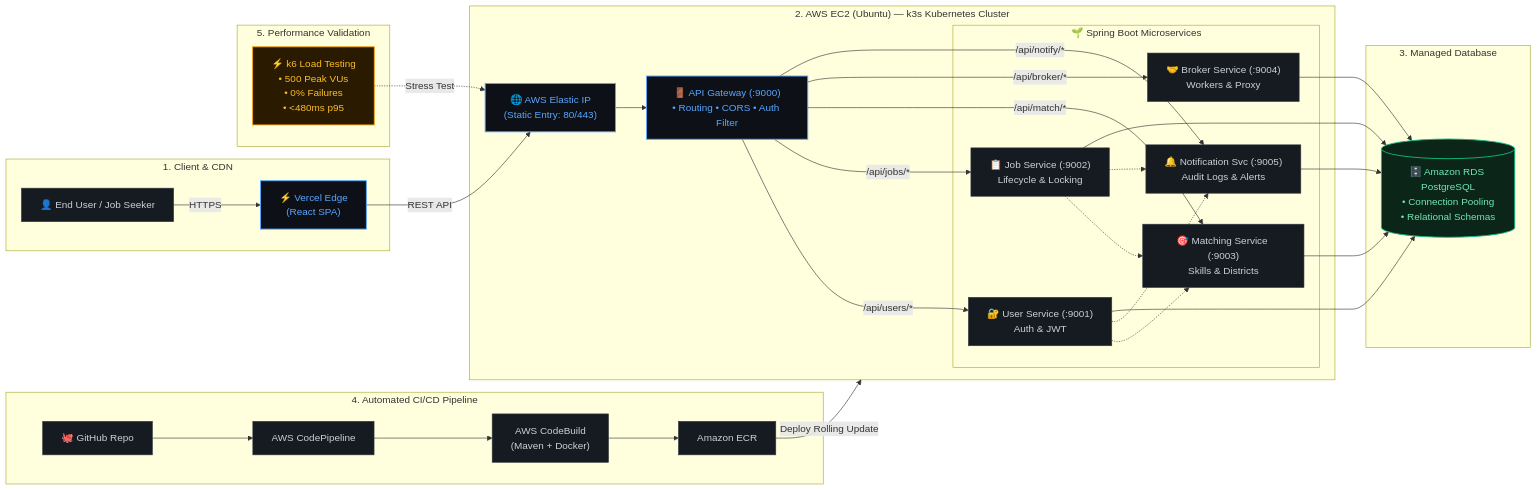
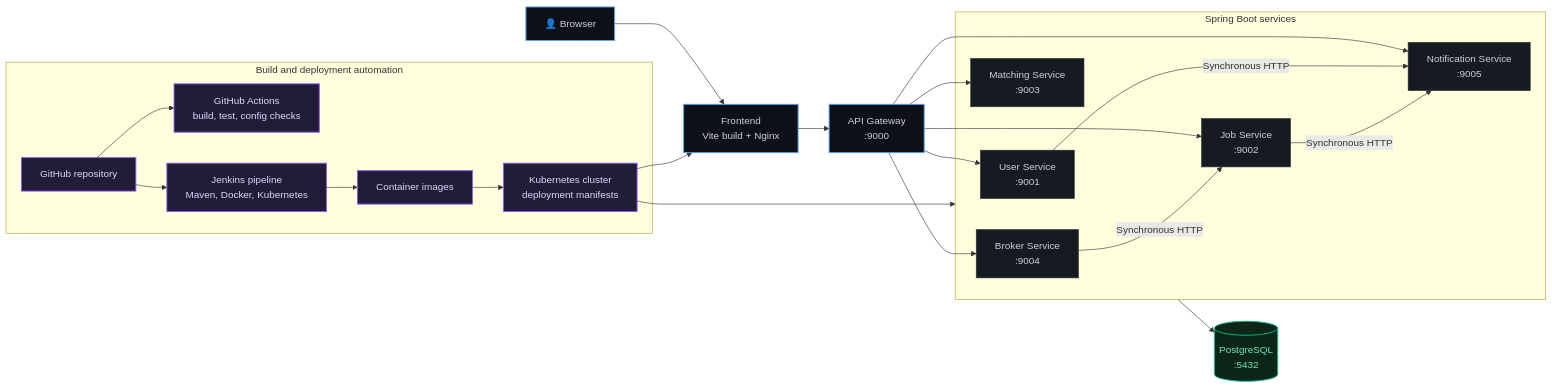
One commit to nisa2003-ops/nisa2003-ops changed the diagram in README.md. Above: the diagram before and after it, drawn with Mermaid. The commit also changed other lines of this file, not shown here.

````diff
--- a/README.md
+++ b/README.md
@@ -70,65 +91,44 @@
 ```mermaid
 flowchart LR
-    subgraph Client["1. Client & CDN"]
-        User["👤 End User / Job Seeker"] -->|"HTTPS"| Vercel["⚡ Vercel Edge\n(React SPA)"]
+    Browser["👤 Browser"] --> Frontend["Frontend<br/>Vite build + Nginx"]
+    Frontend --> Gateway["API Gateway<br/>:9000"]
+
+    subgraph Services["Spring Boot services"]
+        User["User Service<br/>:9001"]
+        Job["Job Service<br/>:9002"]
+        Match["Matching Service<br/>:9003"]
+        Broker["Broker Service<br/>:9004"]
+        Notify["Notification Service<br/>:9005"]
     end
 
-    subgraph CICD["4. Automated CI/CD Pipeline"]
-        Git["🐙 GitHub Repo"] --> CP["AWS CodePipeline"]
-        CP --> CB["AWS CodeBuild\n(Maven + Docker)"]
-        CB --> ECR["Amazon ECR"]
+    Gateway --> User
+    Gateway --> Job
+    Gateway --> Match
+    Gateway --> Broker
+    Gateway --> Notify
+    Broker -->|"Synchronous HTTP"| Job
+    User -->|"Synchronous HTTP"| Notify
+    Job -->|"Synchronous HTTP"| Notify
+
+    Services --> Database[("PostgreSQL<br/>:5432")]
+
+    subgraph Delivery["Build and deployment automation"]
+        Repo["GitHub repository"] --> Actions["GitHub Actions<br/>build, test, config checks"]
+        Repo --> Jenkins["Jenkins pipeline<br/>Maven, Docker, Kubernetes"]
+        Jenkins --> Images["Container images"]
+        Images --> Cluster["Kubernetes cluster<br/>deployment manifests"]
     end
 
-    subgraph Validation["5. Performance Validation"]
-        K6["⚡ k6 Load Testing\n• 500 Peak VUs\n• 0% Failures\n• <480ms p95"]
-    end
+    Cluster --> Frontend
+    Cluster --> Services
 
-    subgraph EC2["2. AWS EC2 (Ubuntu) — k3s Kubernetes Cluster"]
-        EIP["🌐 AWS Elastic IP\n(Static Entry: 80/443)"]
-        GW["🚪 API Gateway (:9000)\n• Routing • CORS • Auth Filter"]
-        
-        EIP --> GW
+    classDef primary fill:#0d1117,stroke:#58a6ff,stroke-width:1.5px,color:#c9d1d9;
+    classDef service fill:#161b22,stroke:#30363d,stroke-width:1px,color:#c9d1d9;
+    classDef data fill:#0b2518,stroke:#10b981,stroke-width:1.5px,color:#6ee7b7;
+    classDef delivery fill:#211d36,stroke:#8b5cf6,stroke-width:1.5px,color:#ddd6fe;
 
-        subgraph Microservices["🌱 Spring Boot Microservices"]
-            US["🔐 User Service (:9001)\nAuth & JWT"]
-            JS["📋 Job Service (:9002)\nLifecycle & Locking"]
-            MS["🎯 Matching Service (:9003)\nSkills & Districts"]
-            BS["🤝 Broker Service (:9004)\nWorkers & Proxy"]
-            NS["🔔 Notification Svc (:9005)\nAudit Logs & Alerts"]
-        end
-
-        GW -->|"/api/users/*"| US
-        GW -->|"/api/jobs/*"| JS
-        GW -->|"/api/match/*"| MS
-        GW -->|"/api/broker/*"| BS
-        GW -->|"/api/notify/*"| NS
-
-        US -.-> MS
-        JS -.-> MS
-        US -.-> NS
-        JS -.-> NS
-    end
-
-    subgraph Database["3. Managed Database"]
-        RDS[("🗄️ Amazon RDS PostgreSQL\n• Connection Pooling\n• Relational Schemas")]
-    end
-
-    Vercel -->|"REST API"| EIP
-    ECR -->|"Deploy Rolling Update"| EC2
-    K6 -.->|"Stress Test"| EIP
-
-    US --> RDS
-    JS --> RDS
-    MS --> RDS
-    BS --> RDS
-    NS --> RDS
-
-    classDef default fill:#161b22,stroke:#30363d,stroke-width:1px,color:#c9d1d9;
-    classDef highlight fill:#0d1117,stroke:#58a6ff,stroke-width:1.5px,color:#58a6ff;
-    classDef k6 fill:#2a1a00,stroke:#f59e0b,stroke-width:1.5px,color:#fbbf24;
-    classDef rds fill:#0b2518,stroke:#10b981,stroke-width:1.5px,color:#6ee7b7;
-
-    class GW,EIP,Vercel highlight;
-    class K6 k6;
-    class RDS rds;
+    class Browser,Frontend,Gateway primary;
+    class User,Job,Match,Broker,Notify service;
+    class Database data;
+    class Repo,Actions,Jenkins,Images,Cluster delivery;
 ```
````
